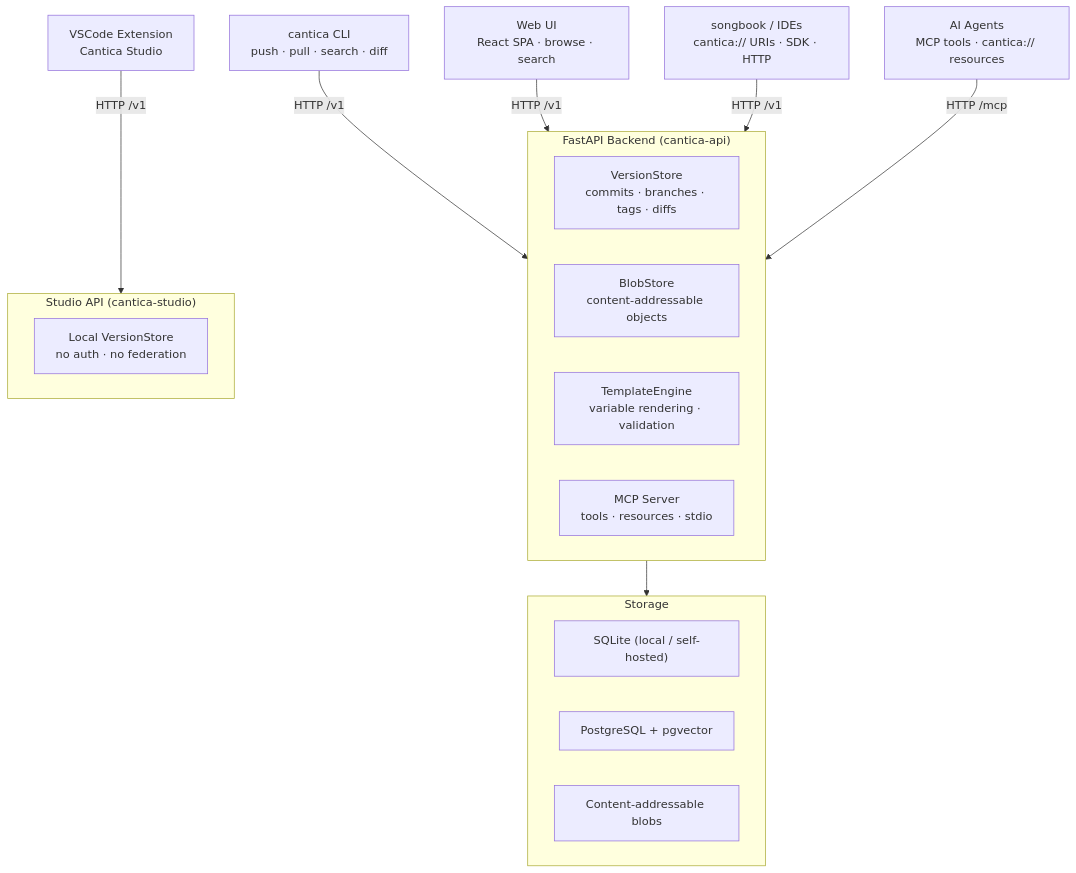
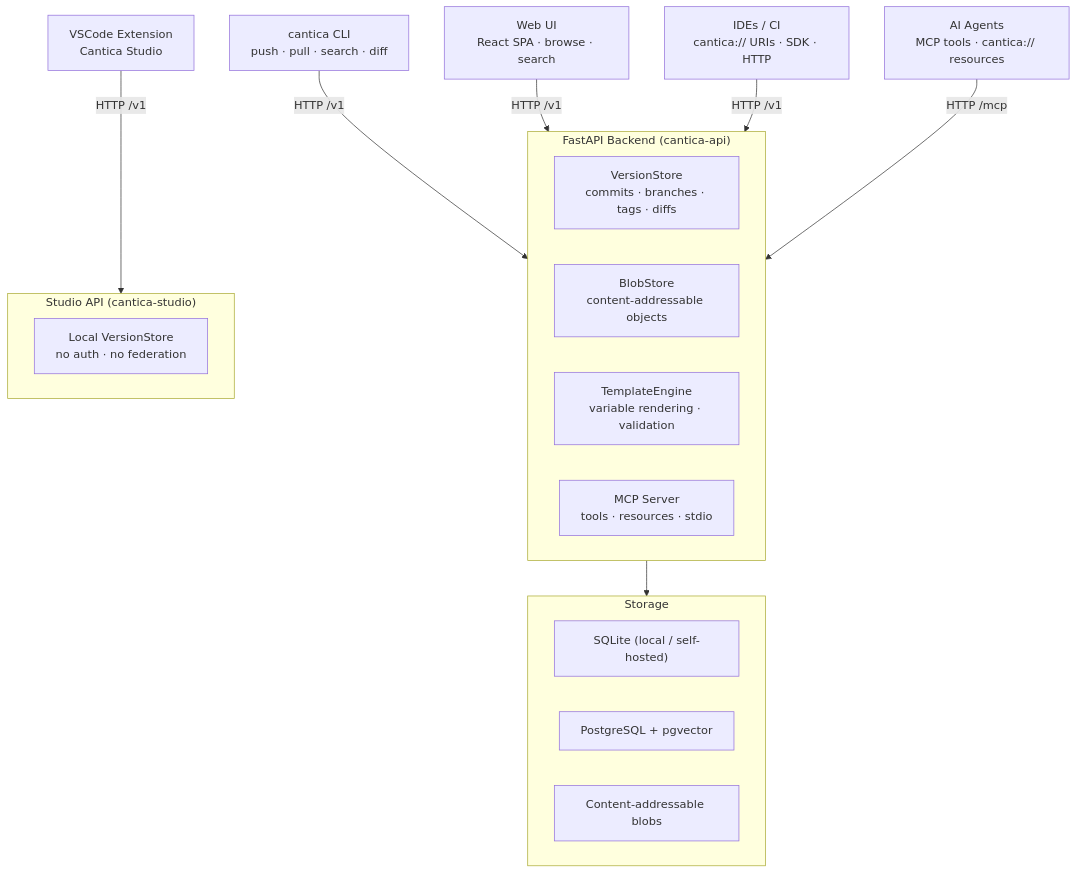
Before and after one commit to oliben67/cantica: the diagram in README.md, drawn with Mermaid. The commit also changed 1 other file, not shown here.

Commit message:
docs: remove songbook references from documentation

````diff
--- a/README.md
+++ b/README.md
@@ -42,33 +42,33 @@
 ```mermaid
 graph TD
     CLI["cantica CLI<br/>push · pull · search · diff"]
     UI["Web UI<br/>React SPA · browse · search"]
-    SDK["songbook / IDEs<br/>cantica:// URIs · SDK · HTTP"]
+    SDK["IDEs / CI<br/>cantica:// URIs · SDK · HTTP"]
     AGENT["AI Agents<br/>MCP tools · cantica:// resources"]
     VSCODE["VSCode Extension<br/>Cantica Studio"]
 
     CLI   -->|HTTP /v1| API
     UI    -->|HTTP /v1| API
     SDK   -->|HTTP /v1| API
     AGENT -->|HTTP /mcp| API
     VSCODE -->|HTTP /v1| STUDIO
 
     subgraph API["FastAPI Backend (cantica-api)"]
         VS["VersionStore<br/>commits · branches · tags · diffs"]
         BS["BlobStore<br/>content-addressable objects"]
         TE["TemplateEngine<br/>variable rendering · validation"]
         MCP["MCP Server<br/>tools · resources · stdio"]
     end
 
     subgraph STUDIO["Studio API (cantica-studio)"]
         LST["Local VersionStore<br/>no auth · no federation"]
     end
 
     API --> DB
 
     subgraph DB["Storage"]
         SQ["SQLite (local / self-hosted)"]
         PG["PostgreSQL + pgvector"]
         BL["Content-addressable blobs"]
     end
 ```
````
